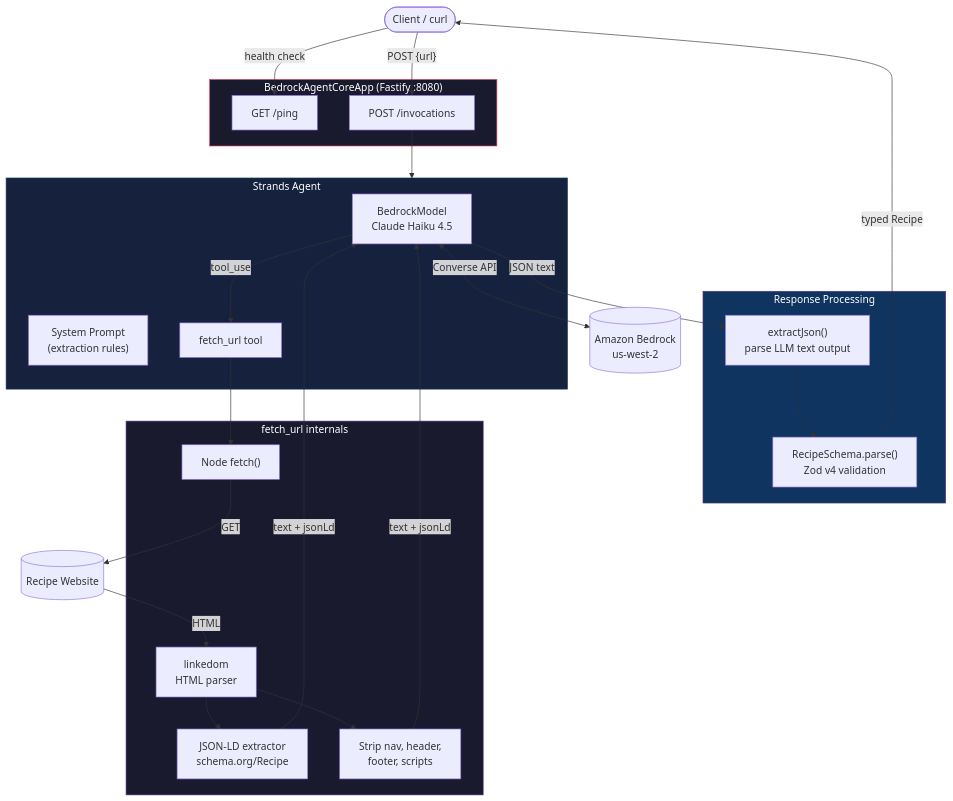
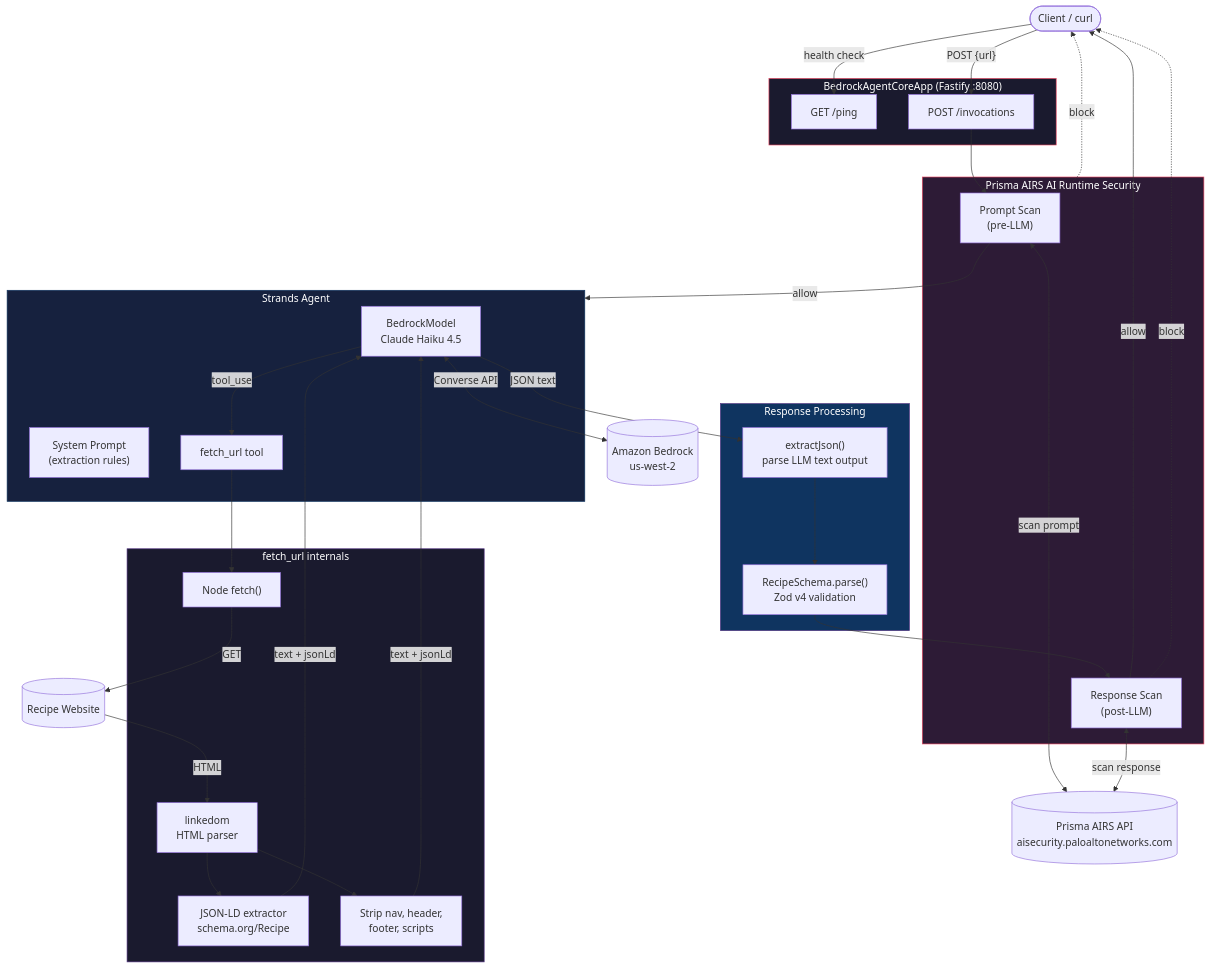
One commit to cdot65/agentcore-recipe-agent changed the first of 2 diagrams in ARCHITECTURE.md. Above: the diagram before and after it, drawn with Mermaid. The commit also changed other lines of this file and 13 other files, not shown here.

First line of the commit message:
add Secrets Manager integration, CI/CD deploy workflow, AIRS client

````diff
--- a/ARCHITECTURE.md
+++ b/ARCHITECTURE.md
@@ -5,51 +5,64 @@
 ```mermaid
 graph TB
     Client([Client / curl])
 
     subgraph AgentCore["BedrockAgentCoreApp (Fastify :8080)"]
         Ping["GET /ping"]
         Invoke["POST /invocations"]
+    end
+
+    subgraph Security["Prisma AIRS AI Runtime Security"]
+        PromptScan["Prompt Scan<br/>(pre-LLM)"]
+        ResponseScan["Response Scan<br/>(post-LLM)"]
     end
 
     subgraph StrandsAgent["Strands Agent"]
         Model["BedrockModel<br/>Claude Haiku 4.5"]
         SystemPrompt["System Prompt<br/>(extraction rules)"]
         FetchTool["fetch_url tool"]
     end
 
     subgraph Processing["Response Processing"]
         ExtractJSON["extractJson()<br/>parse LLM text output"]
         ZodValidation["RecipeSchema.parse()<br/>Zod v4 validation"]
     end
 
     subgraph FetchToolInternals["fetch_url internals"]
         HTTPFetch["Node fetch()"]
         LinkedOM["linkedom<br/>HTML parser"]
         JSONLD["JSON-LD extractor<br/>schema.org/Recipe"]
         StripHTML["Strip nav, header,<br/>footer, scripts"]
     end
 
     ExternalSite[(Recipe Website)]
     Bedrock[(Amazon Bedrock<br/>us-west-2)]
+    AIRS[(Prisma AIRS API<br/>aisecurity.paloaltonetworks.com)]
 
     Client -->|"POST {url}"| Invoke
     Client -->|health check| Ping
-    Invoke --> StrandsAgent
+    Invoke --> PromptScan
+    PromptScan <-->|scan prompt| AIRS
+    PromptScan -->|allow| StrandsAgent
+    PromptScan -.->|block| Client
     Model <-->|Converse API| Bedrock
     Model -->|tool_use| FetchTool
     FetchTool --> HTTPFetch
     HTTPFetch -->|GET| ExternalSite
     ExternalSite -->|HTML| LinkedOM
     LinkedOM --> JSONLD
     LinkedOM --> StripHTML
     StripHTML -->|"text + jsonLd"| Model
     JSONLD -->|"text + jsonLd"| Model
     Model -->|JSON text| ExtractJSON
     ExtractJSON --> ZodValidation
-    ZodValidation -->|"typed Recipe"| Client
+    ZodValidation --> ResponseScan
+    ResponseScan <-->|scan response| AIRS
+    ResponseScan -->|allow| Client
+    ResponseScan -.->|block| Client
 
     style AgentCore fill:#1a1a2e,stroke:#e94560,color:#fff
+    style Security fill:#2d1b36,stroke:#e94560,color:#fff
     style StrandsAgent fill:#16213e,stroke:#0f3460,color:#fff
     style Processing fill:#0f3460,stroke:#533483,color:#fff
     style FetchToolInternals fill:#1a1a2e,stroke:#533483,color:#fff
 ```
````
